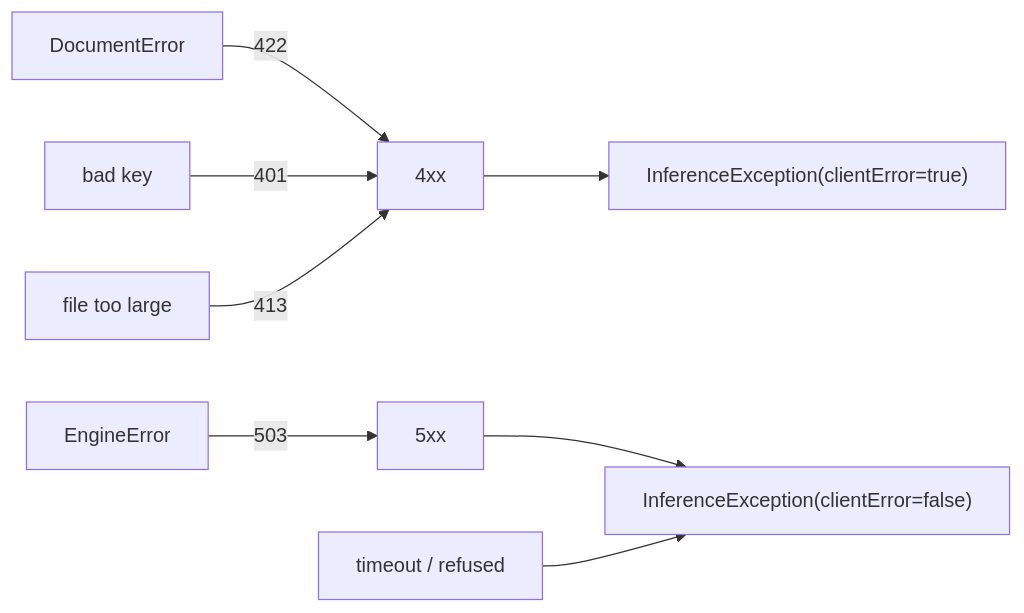
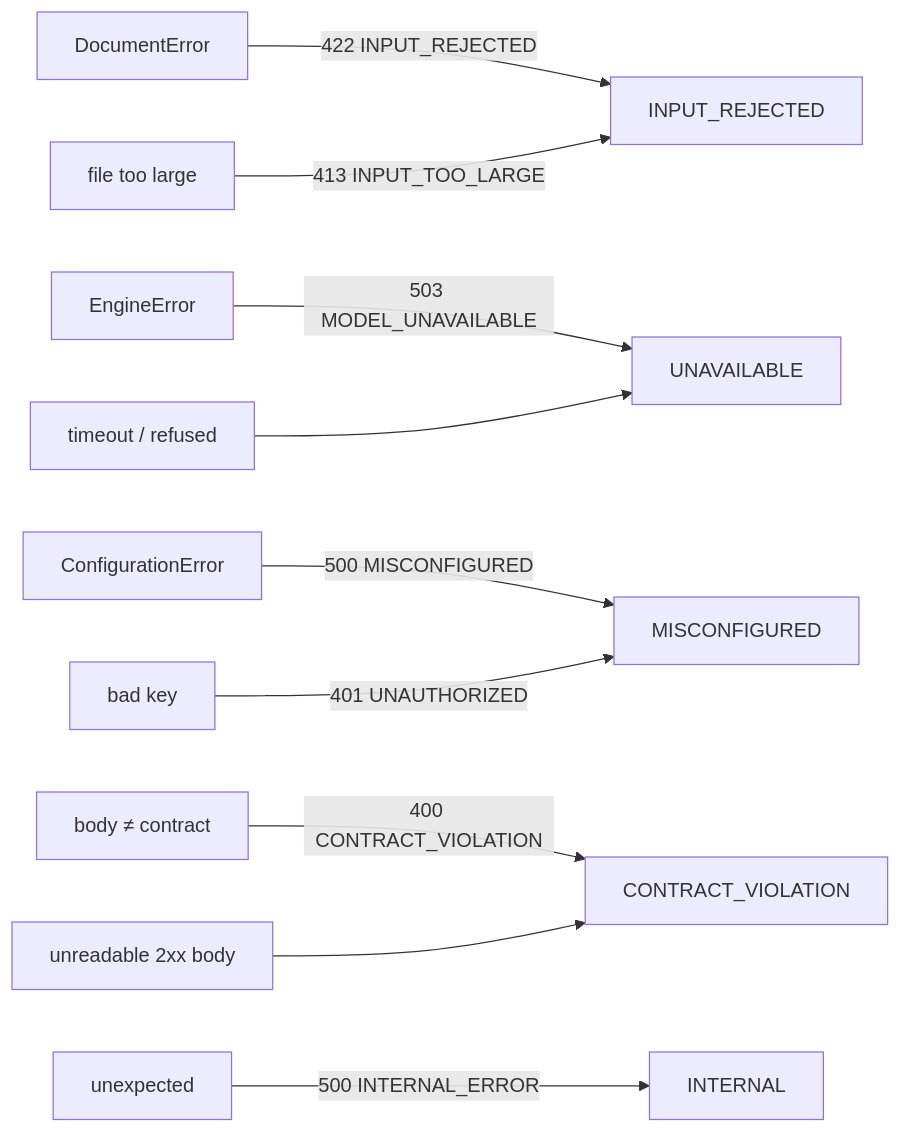
The third of 3 diagrams in docs/architecture/backend-inference-integration.md (supremex04/Sapio), drawn with Mermaid before and after one commit. The commit also changed other lines of this file and 25 other files, not shown here.

````diff
--- a/docs/architecture/backend-inference-integration.md
+++ b/docs/architecture/backend-inference-integration.md
@@ -146,10 +163,12 @@
 ```mermaid
 flowchart LR
-    DE[DocumentError] -->|422| C4[4xx]
-    EE[EngineError] -->|503| C5[5xx]
-    AUTH[bad key] -->|401| C4
-    BIG[file too large] -->|413| C4
-    C4 --> IX1["InferenceException(clientError=true)"]
-    C5 --> IX2["InferenceException(clientError=false)"]
-    NET[timeout / refused] --> IX2
+    DE[DocumentError] -->|422 INPUT_REJECTED| K1[INPUT_REJECTED]
+    BIG[file too large] -->|413 INPUT_TOO_LARGE| K1
+    EE[EngineError] -->|503 MODEL_UNAVAILABLE| K2[UNAVAILABLE]
+    NET[timeout / refused] --> K2
+    CE[ConfigurationError] -->|500 MISCONFIGURED| K3[MISCONFIGURED]
+    AUTH[bad key] -->|401 UNAUTHORIZED| K3
+    VAL[body ≠ contract] -->|400 CONTRACT_VIOLATION| K4[CONTRACT_VIOLATION]
+    BAD[unreadable 2xx body] --> K4
+    BUG[unexpected] -->|500 INTERNAL_ERROR| K5[INTERNAL]
 ```
````
